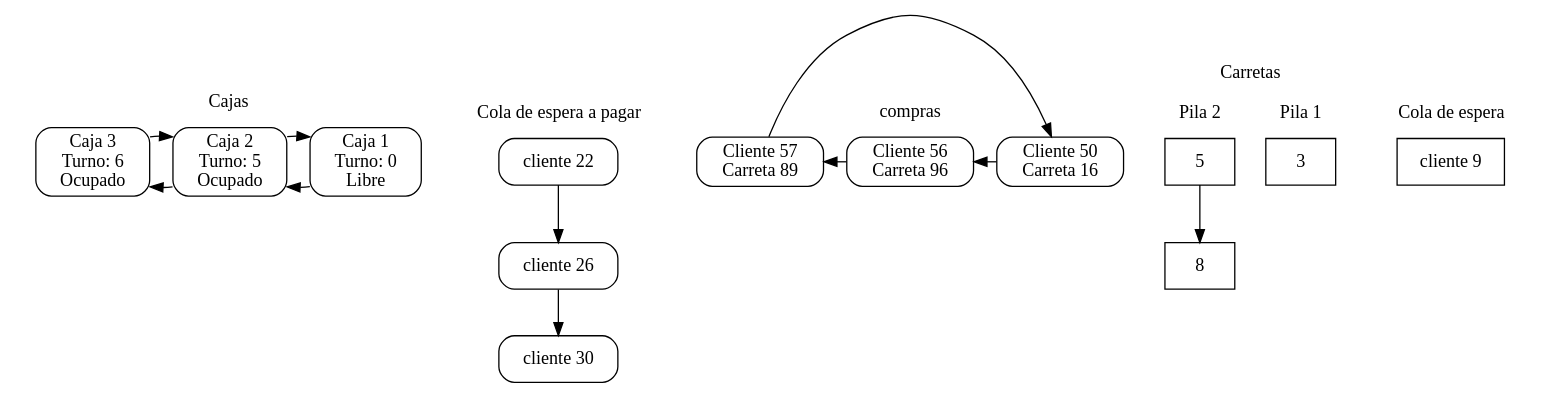
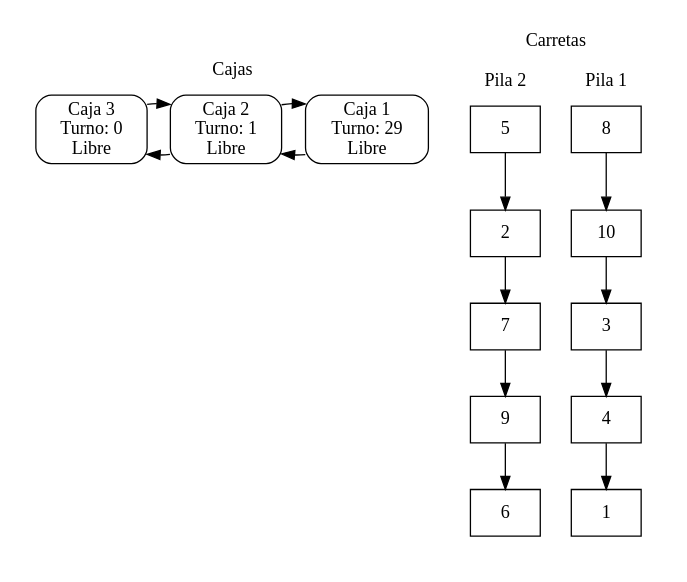
The diagram in dibujable.dot (Chejohrpp/Practica1EstructuraDatos), drawn with Graphviz before and after one commit. The commit also changed 9 other files, not shown here.

```diff
--- a/dibujable.dot
+++ b/dibujable.dot
@@ -1,10 +1,7 @@
 digraph G{subgraph cluster_cajas {label = "Cajas";	style=filled;style=filled;color=white;node [style=rounded,color=black,shape=box];f1->f2[constraint=false];f1[label="Caja 1 
+ Turno: 29 
+ Libre "];f2->f3[constraint=false];f2->f1[constraint=false];f2[label="Caja 2 
+ Turno: 1 
+ Libre "];f3->f2[constraint=false];f3[label="Caja 3 
  Turno: 0 
- Libre "];f2->f3[constraint=false];f2->f1[constraint=false];f2[label="Caja 2 
- Turno: 5 
- Ocupado "];f3->f2[constraint=false];f3[label="Caja 3 
- Turno: 6 
- Ocupado "];}subgraph cluster_pagar{label = "Cola de espera a pagar";style=filled;style=filled;color=white;node [shape=box,color=black,style=rounded];e22->e26;e22[label="cliente 22 "];e26->e30;e26[label="cliente 26 "];e30[label="cliente 30 "];}subgraph cluster_compras{label = " compras ";style=filled;style=filled;color=white;node [style=rounded,color=black,shape=box];d1->d2[constraint=false];d1[label="Cliente 50 
- Carreta 16"];d2->d3[constraint=false];d2[label="Cliente 56 
- Carreta 96"];d3->d1[constraint=false];d3[label="Cliente 57 
- Carreta 89"];}subgraph cluster_carretas{label ="Carretas";style=filled;color=white;subgraph cluster_b{label = " Pila 1 ";style=filled;style=filled;color=white;node [shape=box,color=black];b3[label=" 3 "];}subgraph cluster_c{label = " Pila 2 ";style=filled;style=filled;color=white;node [shape=box,color=black];c5->c8;c5[label=" 5 "];c8[label=" 8 "];}}subgraph cluster_a{label = " Cola de espera ";style=filled;style=filled;color=white;node [shape=box,color=black];a9[label="cliente 9 "];} }
+ Libre "];}subgraph cluster_pagar{label = "Cola de espera a pagar";style=filled;style=filled;color=white;node [shape=box,color=black,style=rounded];}subgraph cluster_compras{label = " compras ";style=filled;style=filled;color=white;node [style=rounded,color=black,shape=box];}subgraph cluster_carretas{label ="Carretas";style=filled;color=white;subgraph cluster_b{label = " Pila 1 ";style=filled;style=filled;color=white;node [shape=box,color=black];b8->b10;b8[label=" 8 "];b10->b3;b10[label=" 10 "];b3->b4;b3[label=" 3 "];b4->b1;b4[label=" 4 "];b1[label=" 1 "];}subgraph cluster_c{label = " Pila 2 ";style=filled;style=filled;color=white;node [shape=box,color=black];c5->c2;c5[label=" 5 "];c2->c7;c2[label=" 2 "];c7->c9;c7[label=" 7 "];c9->c6;c9[label=" 9 "];c6[label=" 6 "];}}subgraph cluster_a{label = " Cola de espera ";style=filled;style=filled;color=white;node [shape=box,color=black];} }
```
